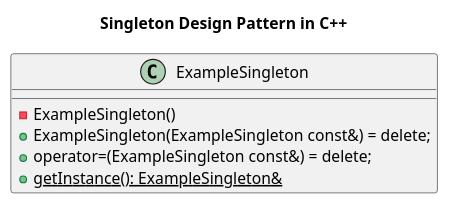
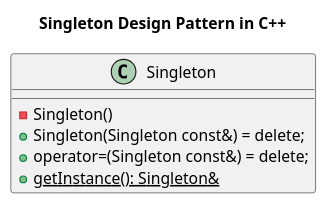
One commit to kfpgk/design-patterns changed the diagram in doc/Creational/singleton-cpp.puml. Above: the diagram before and after it, drawn with PlantUML. The commit also changed 23 other files, not shown here.

```diff
--- a/doc/Creational/singleton-cpp.puml
+++ b/doc/Creational/singleton-cpp.puml
@@ -1,12 +1,12 @@
 @startuml singleton
 
 title Singleton Design Pattern in C++
 
-class ExampleSingleton { 
-  - ExampleSingleton()
-  + ExampleSingleton(ExampleSingleton const&) = delete;
-  + operator=(ExampleSingleton const&) = delete;
-  + {static} getInstance(): ExampleSingleton& 
+class Singleton { 
+  - Singleton()
+  + Singleton(Singleton const&) = delete;
+  + operator=(Singleton const&) = delete;
+  + {static} getInstance(): Singleton& 
 }
 
 @enduml
```
